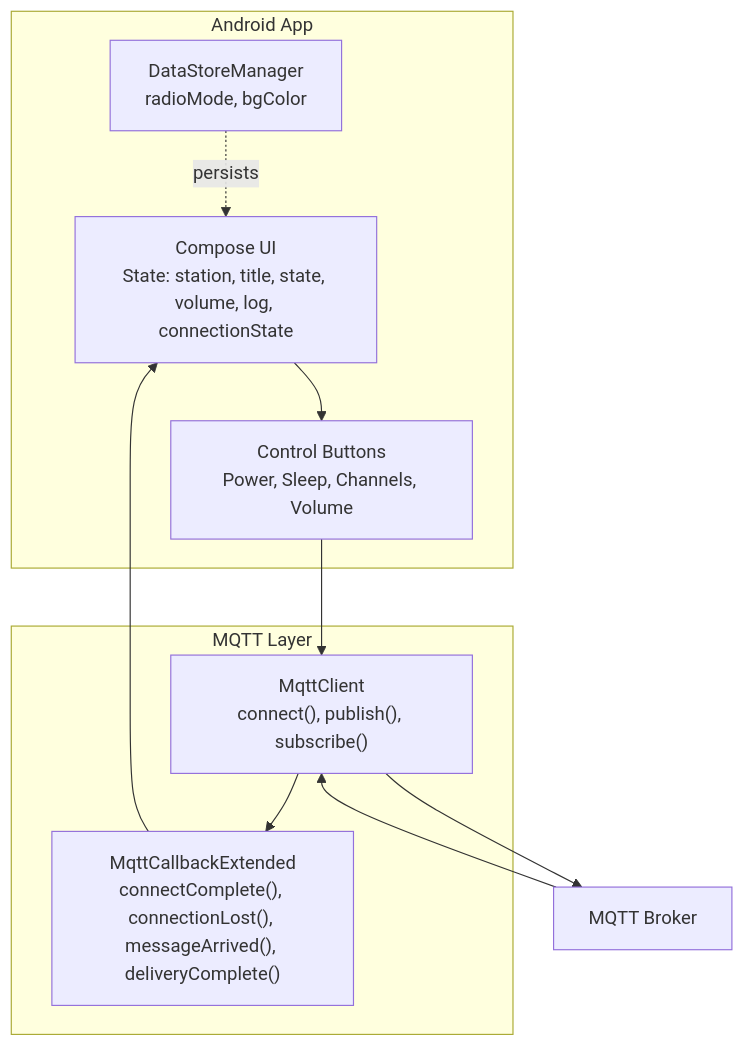
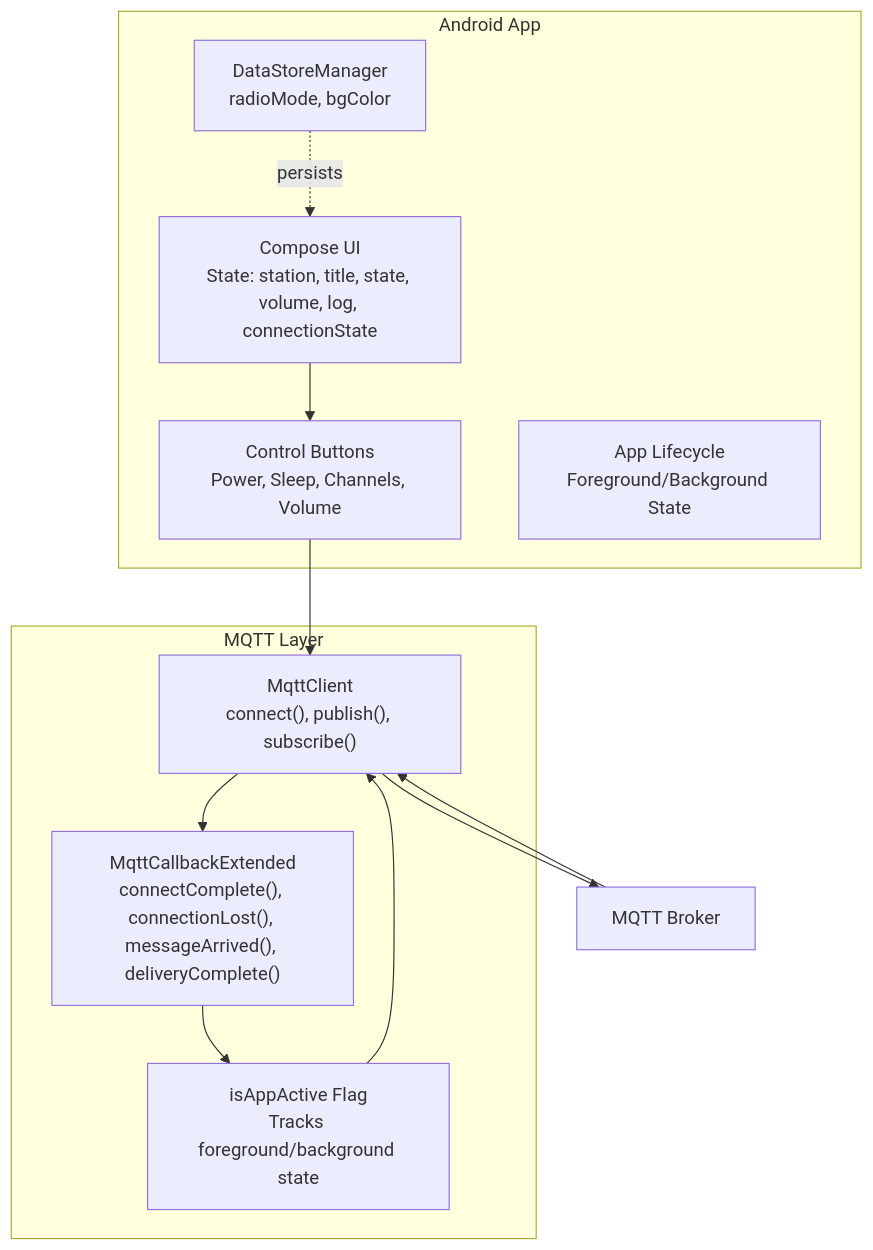
The first of 7 diagrams in .qoder/repowiki/en/content/Android Application/MQTT Communication Layer.md (dip16igor/Webradio), drawn with Mermaid before and after one commit. The commit also changed other lines of this file and 2 other files, not shown here.

First line of the commit message:
docs(mqtt): enhance lifecycle-aware MQTT connection management

````diff
--- a/.qoder/repowiki/en/content/Android Application/MQTT Communication Layer.md
+++ b/.qoder/repowiki/en/content/Android Application/MQTT Communication Layer.md
@@ -37,20 +42,23 @@
 ```mermaid
 graph TB
 subgraph "Android App"
 UI["Compose UI<br/>State: station, title, state, volume, log, connectionState"]
 Buttons["Control Buttons<br/>Power, Sleep, Channels, Volume"]
 Store["DataStoreManager<br/>radioMode, bgColor"]
+Lifecycle["App Lifecycle<br/>Foreground/Background State"]
 end
 subgraph "MQTT Layer"
 Client["MqttClient<br/>connect(), publish(), subscribe()"]
 Callbacks["MqttCallbackExtended<br/>connectComplete(), connectionLost(), messageArrived(), deliveryComplete()"]
+State["isAppActive Flag<br/>Tracks foreground/background state"]
 end
 Broker["MQTT Broker"]
 UI --> Buttons
 Buttons --> Client
 Client --> Broker
 Broker --> Client
 Client --> Callbacks
-Callbacks --> UI
+Callbacks --> State
+State --> Client
 Store -. persists .-> UI
 ```
````
